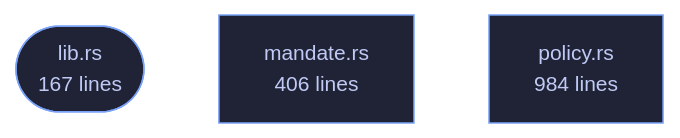
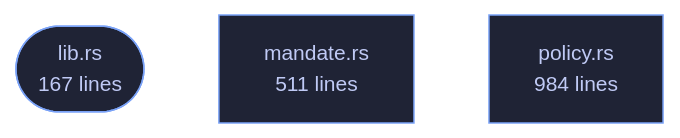
The diagram in crates/veilvoice-policy/README.md (tilas01/veilvoice), drawn with Mermaid before and after one commit. The commit also changed other lines of this file and 98 other files, not shown here.

````diff
--- a/crates/veilvoice-policy/README.md
+++ b/crates/veilvoice-policy/README.md
@@ -104,10 +104,10 @@
 ```mermaid
 %%{init: {"theme":"base","themeVariables":{"background":"#1a1b26","primaryColor":"#1f2335","primaryTextColor":"#c0caf5","primaryBorderColor":"#7aa2f7","secondaryColor":"#16161e","tertiaryColor":"#16161e","lineColor":"#737aa2","textColor":"#c0caf5","mainBkg":"#1f2335","nodeBorder":"#7aa2f7","clusterBkg":"#16161e","clusterBorder":"#2f3549","fontFamily":"ui-monospace, SFMono-Regular, Consolas, monospace","fontSize":"14px"}}}%%
 flowchart TD
     n_lib(["lib.rs<br/>167 lines"])
-    n_mandate["mandate.rs<br/>406 lines"]
+    n_mandate["mandate.rs<br/>511 lines"]
     n_policy["policy.rs<br/>984 lines"]
     click n_lib href "https://github.com/tilas01/veilvoice/blob/main/crates/veilvoice-policy/src/lib.rs" "open the source"
     click n_mandate href "https://github.com/tilas01/veilvoice/blob/main/crates/veilvoice-policy/src/mandate.rs" "open the source"
     click n_policy href "https://github.com/tilas01/veilvoice/blob/main/crates/veilvoice-policy/src/policy.rs" "open the source"
 ```
````
